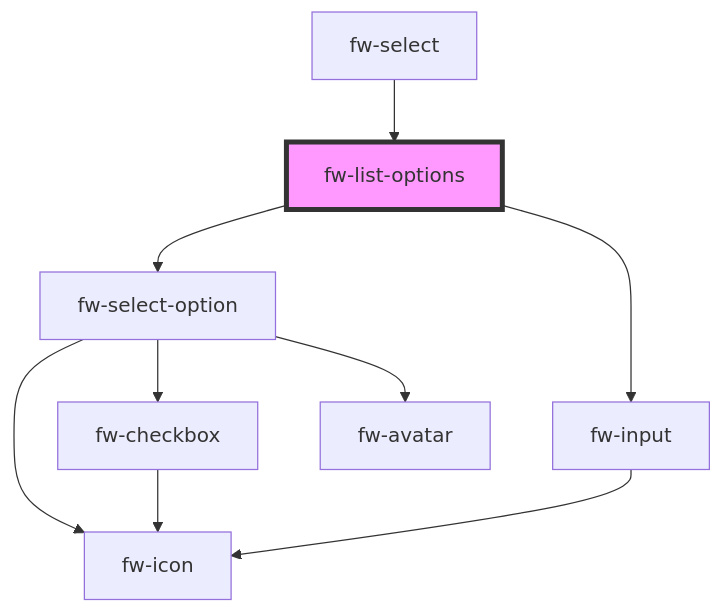
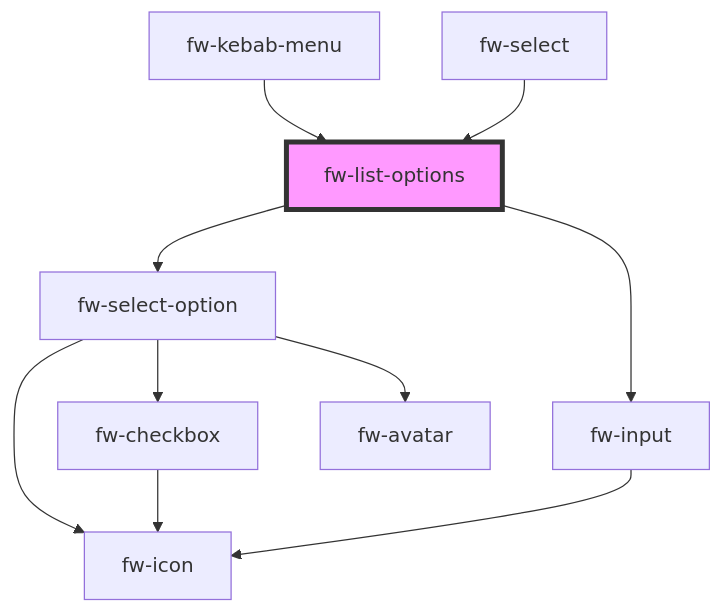
The diagram in packages/crayons-core/src/components/options-list/readme.md (freshworks/crayons), drawn with Mermaid before and after one commit. The commit also changed other lines of this file and 9 other files, not shown here.

Commit message:
feat: add kebab menu component, modify row actions in datatable

````diff
--- a/packages/crayons-core/src/components/options-list/readme.md
+++ b/packages/crayons-core/src/components/options-list/readme.md
@@ -439,12 +440,13 @@
 ```mermaid
 graph TD;
   fw-list-options --> fw-select-option
   fw-list-options --> fw-input
   fw-select-option --> fw-icon
   fw-select-option --> fw-checkbox
   fw-select-option --> fw-avatar
   fw-checkbox --> fw-icon
   fw-input --> fw-icon
+  fw-kebab-menu --> fw-list-options
   fw-select --> fw-list-options
   style fw-list-options fill:#f9f,stroke:#333,stroke-width:4px
 ```
````
